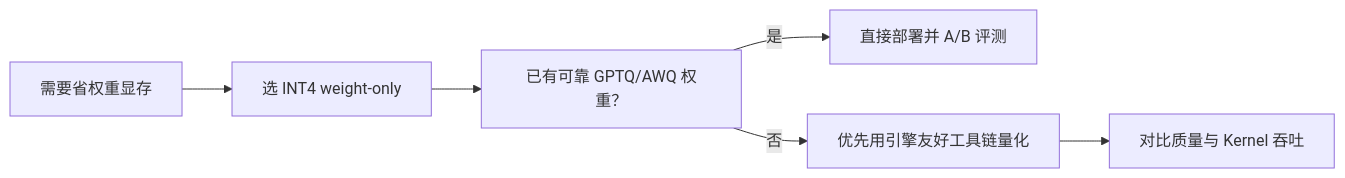
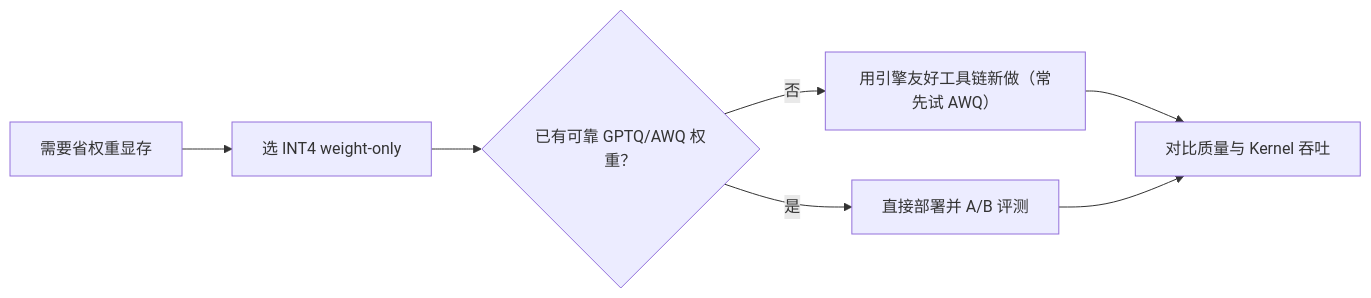
One commit to tqm6666/AIInfraGuide changed the diagram in docs/guides/模块四-推理优化/第4章-量化/4.3-Weight-only-INT4.md. Above: the diagram before and after it, drawn with Mermaid. The commit also changed other lines of this file and 6 other files, not shown here.

````diff
--- a/docs/guides/模块四-推理优化/第4章-量化/4.3-Weight-only-INT4.md
+++ b/docs/guides/模块四-推理优化/第4章-量化/4.3-Weight-only-INT4.md
@@ -93,8 +112,9 @@
 ```mermaid
 flowchart LR
     A["需要省权重显存"] --> B["选 INT4 weight-only"]
-    B --> C["已有可靠 GPTQ/AWQ 权重？"]
+    B --> C{"已有可靠 GPTQ/AWQ 权重？"}
     C -->|是| D["直接部署并 A/B 评测"]
-    C -->|否| E["优先用引擎友好工具链量化"]
+    C -->|否| E["用引擎友好工具链新做（常先试 AWQ）"]
     E --> F["对比质量与 Kernel 吞吐"]
+    D --> F
 ```
````
